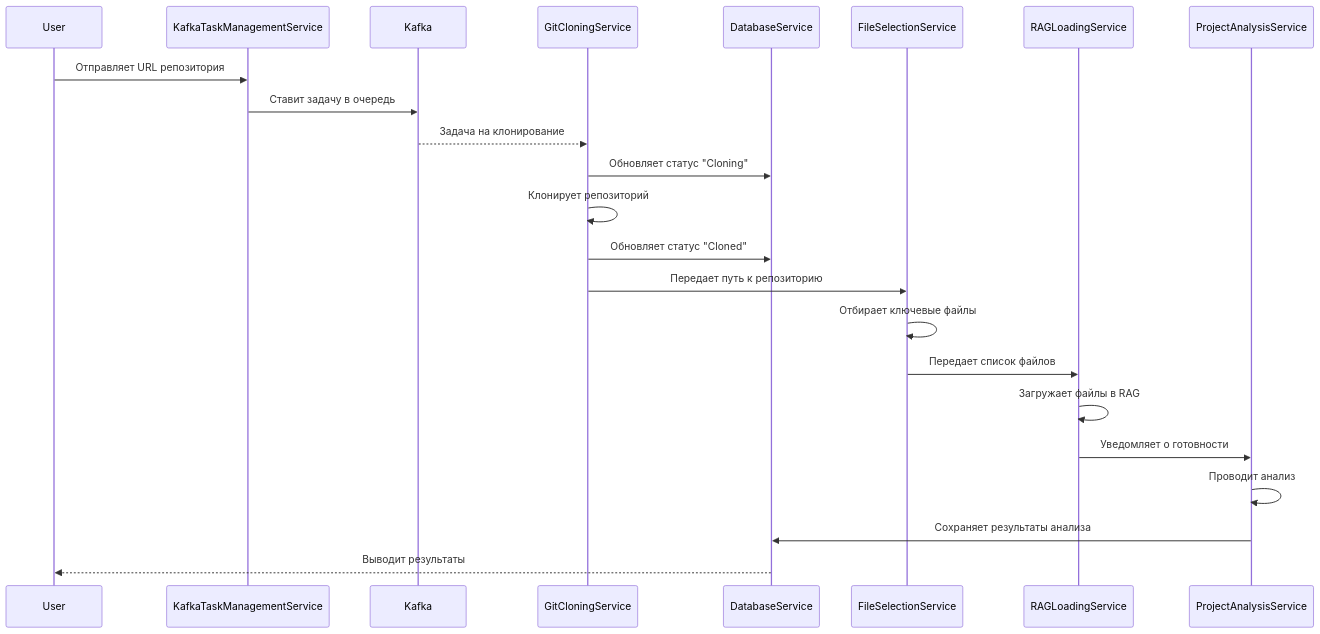
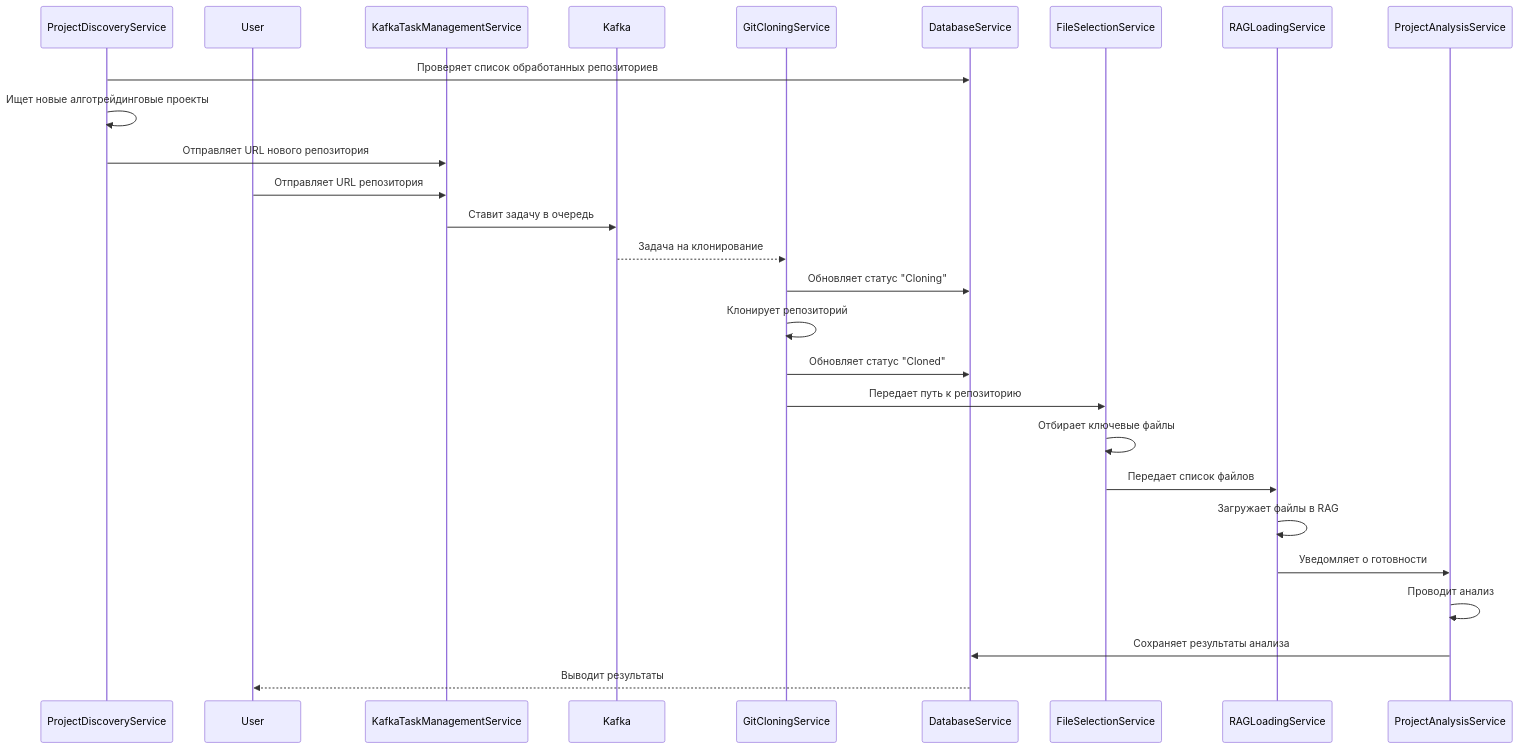
The diagram in services.md (suenot/algotrading-monitor), drawn with Mermaid before and after one commit. The commit also changed other lines of this file and 1 other file, not shown here.

First line of the commit message:
feat: Implement Project Discovery Service and update architecture

````diff
--- a/services.md
+++ b/services.md
@@ -12,26 +13,30 @@
 ```mermaid
 sequenceDiagram
+    participant ProjectDiscoveryService
     participant User
     participant KafkaTaskManagementService
     participant Kafka
     participant GitCloningService
     participant DatabaseService
     participant FileSelectionService
     participant RAGLoadingService
     participant ProjectAnalysisService
 
+    ProjectDiscoveryService->>DatabaseService: Проверяет список обработанных репозиториев
+    ProjectDiscoveryService->>ProjectDiscoveryService: Ищет новые алготрейдинговые проекты
+    ProjectDiscoveryService->>KafkaTaskManagementService: Отправляет URL нового репозитория
     User->>KafkaTaskManagementService: Отправляет URL репозитория
     KafkaTaskManagementService->>Kafka: Ставит задачу в очередь
     Kafka-->>GitCloningService: Задача на клонирование
     GitCloningService->>DatabaseService: Обновляет статус "Cloning"
     GitCloningService->>GitCloningService: Клонирует репозиторий
     GitCloningService->>DatabaseService: Обновляет статус "Cloned"
     GitCloningService->>FileSelectionService: Передает путь к репозиторию
     FileSelectionService->>FileSelectionService: Отбирает ключевые файлы
     FileSelectionService->>RAGLoadingService: Передает список файлов
     RAGLoadingService->>RAGLoadingService: Загружает файлы в RAG
     RAGLoadingService->>ProjectAnalysisService: Уведомляет о готовности
     ProjectAnalysisService->>ProjectAnalysisService: Проводит анализ
     ProjectAnalysisService->>DatabaseService: Сохраняет результаты анализа
     DatabaseService-->>User: Выводит результаты
 ```
````
